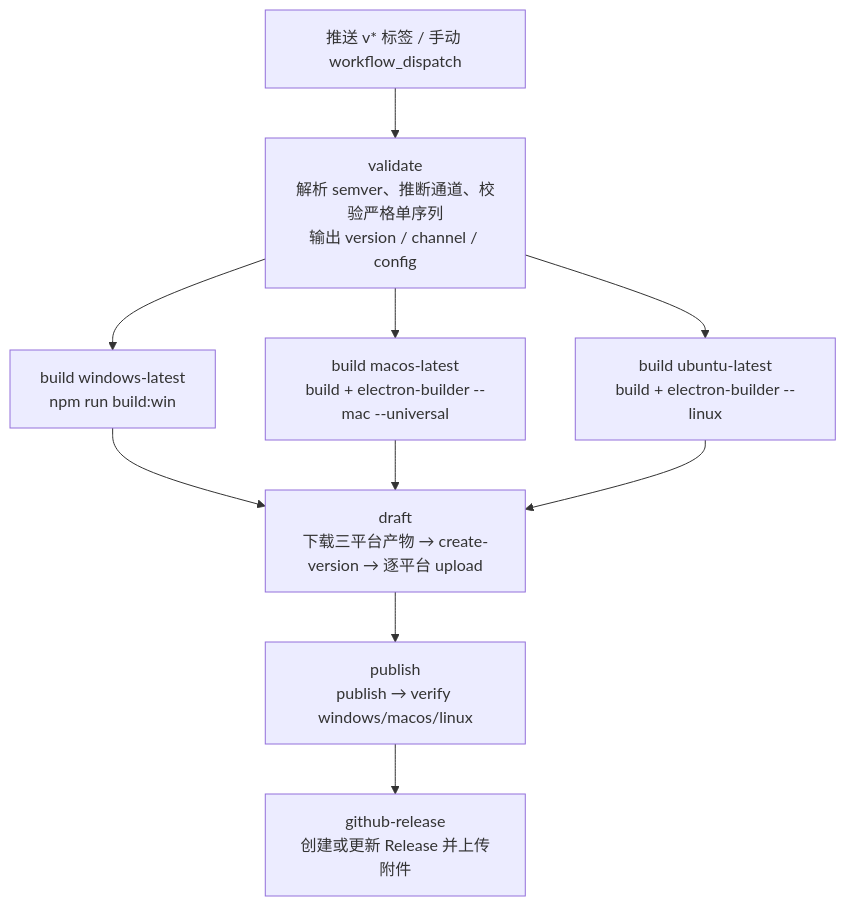
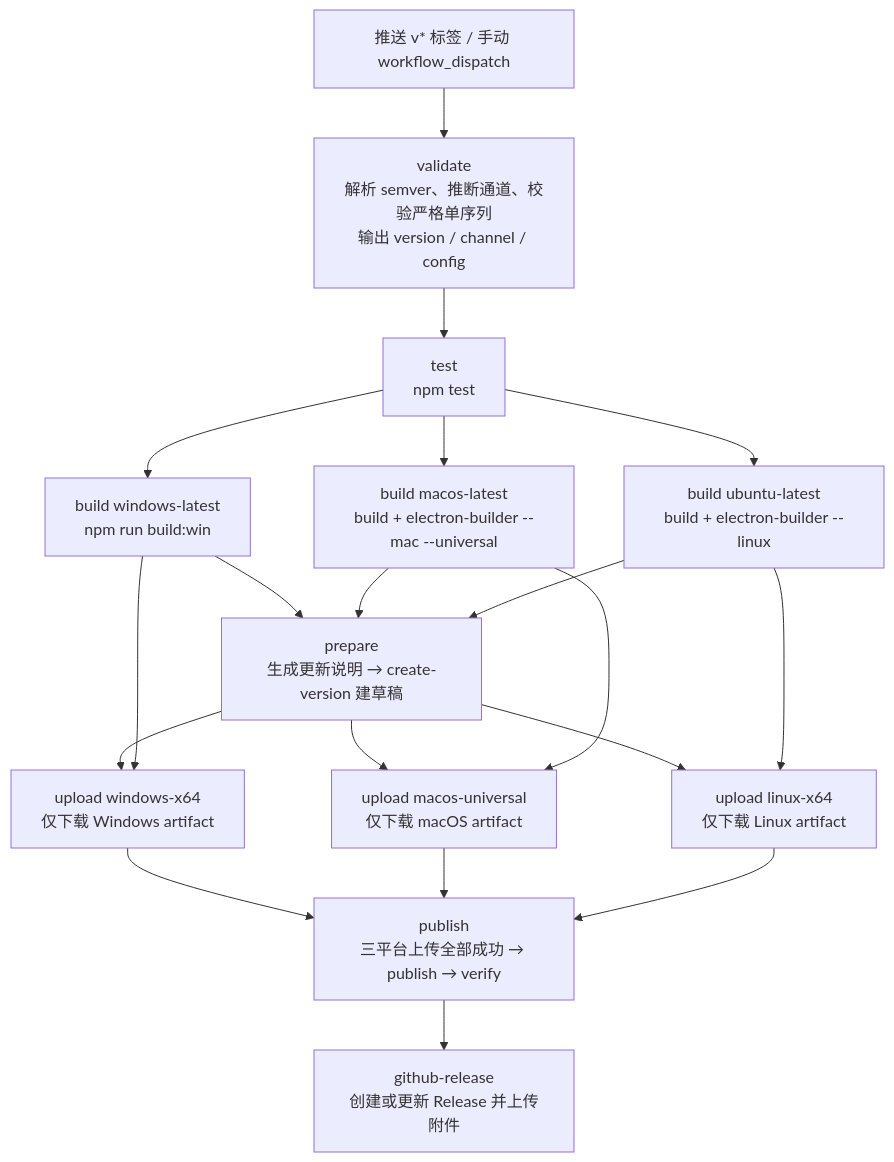
Before and after one commit to Harley-xk/mark-it: the second of 2 diagrams in docs/构建与发布.md, drawn with Mermaid. The commit also changed other lines of this file and 12 other files, not shown here.

````diff
--- a/docs/构建与发布.md
+++ b/docs/构建与发布.md
@@ -276,12 +276,21 @@
 ```mermaid
 flowchart TD
     T["推送 v* 标签 / 手动 workflow_dispatch"] --> V["validate<br/>解析 semver、推断通道、校验严格单序列<br/>输出 version / channel / config"]
-    V --> W["build windows-latest<br/>npm run build:win"]
-    V --> M["build macos-latest<br/>build + electron-builder --mac --universal"]
-    V --> L["build ubuntu-latest<br/>build + electron-builder --linux"]
-    W --> D["draft<br/>下载三平台产物 → create-version → 逐平台 upload"]
-    M --> D
-    L --> D
-    D --> P["publish<br/>publish → verify windows/macos/linux"]
+    V --> UT["test<br/>npm test"]
+    UT --> W["build windows-latest<br/>npm run build:win"]
+    UT --> M["build macos-latest<br/>build + electron-builder --mac --universal"]
+    UT --> L["build ubuntu-latest<br/>build + electron-builder --linux"]
+    W --> PR["prepare<br/>生成更新说明 → create-version 建草稿"]
+    M --> PR
+    L --> PR
+    PR --> UW["upload windows-x64<br/>仅下载 Windows artifact"]
+    PR --> UM["upload macos-universal<br/>仅下载 macOS artifact"]
+    PR --> UL["upload linux-x64<br/>仅下载 Linux artifact"]
+    W --> UW
+    M --> UM
+    L --> UL
+    UW --> P["publish<br/>三平台上传全部成功 → publish → verify"]
+    UM --> P
+    UL --> P
     P --> G["github-release<br/>创建或更新 Release 并上传附件"]
 ```
````
